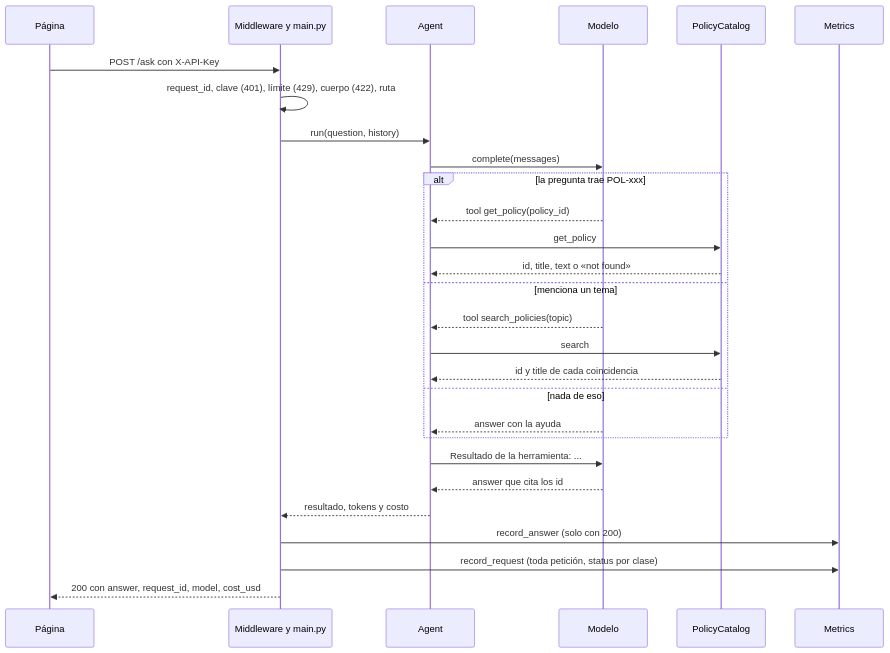
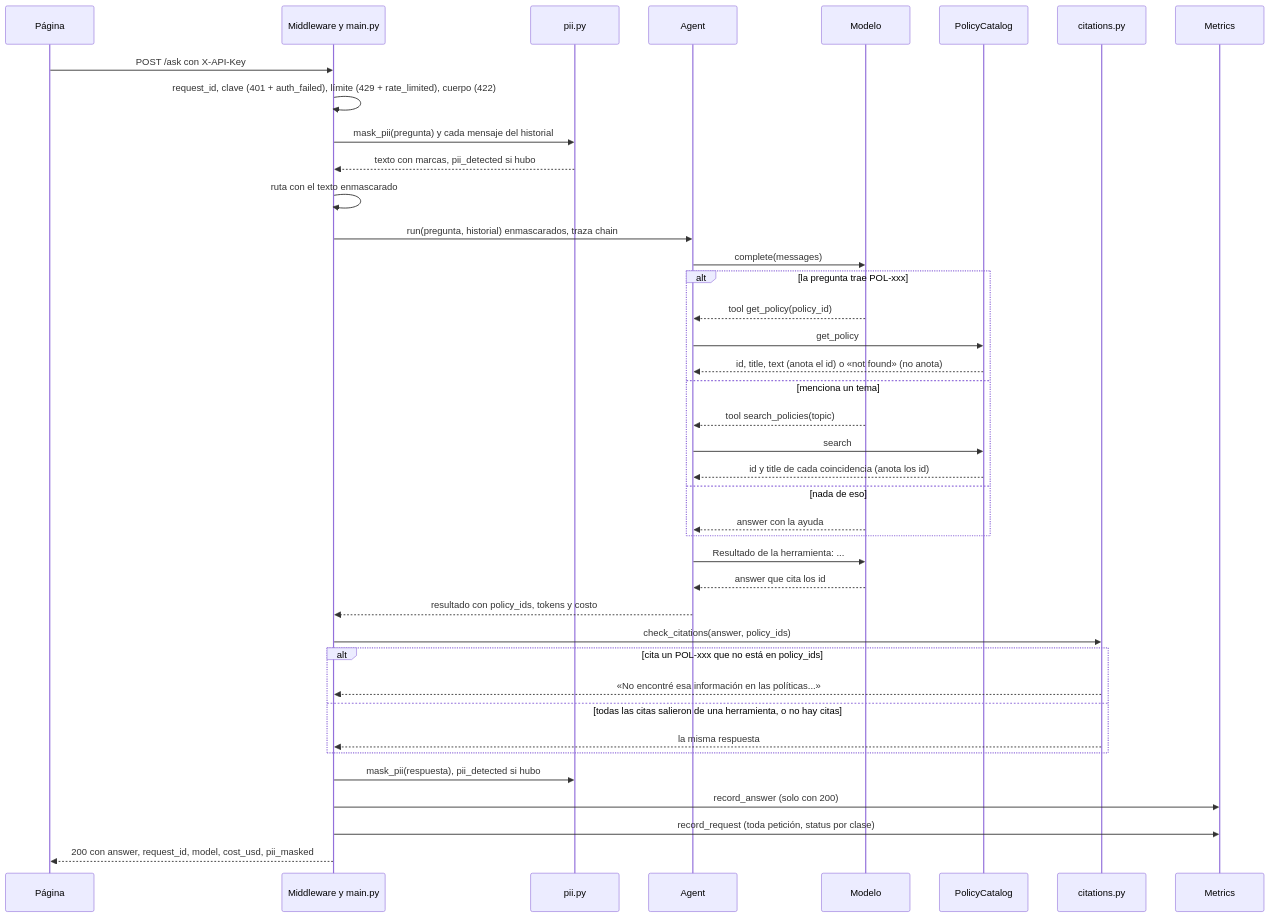
One commit to EAPH96/Fabric-AI-M4 changed the second of 5 diagrams in politicas/doc/architecture.md. Above: the diagram before and after it, drawn with Mermaid. The commit also changed other lines of this file and 22 other files, not shown here.

Commit message:
spec/09-reto-seguridad.md: PII enmascarada en entrada y salida, citas de Políticas validadas y auditoría de rechazos

````diff
--- a/politicas/doc/architecture.md
+++ b/politicas/doc/architecture.md
@@ -43,30 +48,42 @@
 ```mermaid
 sequenceDiagram
     participant WEB as Página
     participant API as Middleware y main.py
+    participant PII as pii.py
     participant AG as Agent
     participant MOD as Modelo
     participant CAT as PolicyCatalog
+    participant CIT as citations.py
     participant MET as Metrics
     WEB->>API: POST /ask con X-API-Key
-    API->>API: request_id, clave (401), límite (429), cuerpo (422), ruta
-    API->>AG: run(question, history)
+    API->>API: request_id, clave (401 + auth_failed), límite (429 + rate_limited), cuerpo (422)
+    API->>PII: mask_pii(pregunta) y cada mensaje del historial
+    PII-->>API: texto con marcas, pii_detected si hubo
+    API->>API: ruta con el texto enmascarado
+    API->>AG: run(pregunta, historial) enmascarados, traza chain
     AG->>MOD: complete(messages)
     alt la pregunta trae POL-xxx
         MOD-->>AG: tool get_policy(policy_id)
         AG->>CAT: get_policy
-        CAT-->>AG: id, title, text o «not found»
+        CAT-->>AG: id, title, text (anota el id) o «not found» (no anota)
     else menciona un tema
         MOD-->>AG: tool search_policies(topic)
         AG->>CAT: search
-        CAT-->>AG: id y title de cada coincidencia
+        CAT-->>AG: id y title de cada coincidencia (anota los id)
     else nada de eso
         MOD-->>AG: answer con la ayuda
     end
     AG->>MOD: Resultado de la herramienta: ...
     MOD-->>AG: answer que cita los id
-    AG-->>API: resultado, tokens y costo
+    AG-->>API: resultado con policy_ids, tokens y costo
+    API->>CIT: check_citations(answer, policy_ids)
+    alt cita un POL-xxx que no está en policy_ids
+        CIT-->>API: «No encontré esa información en las políticas...»
+    else todas las citas salieron de una herramienta, o no hay citas
+        CIT-->>API: la misma respuesta
+    end
+    API->>PII: mask_pii(respuesta), pii_detected si hubo
     API->>MET: record_answer (solo con 200)
     API->>MET: record_request (toda petición, status por clase)
-    API-->>WEB: 200 con answer, request_id, model, cost_usd
+    API-->>WEB: 200 con answer, request_id, model, cost_usd, pii_masked
 ```
````
